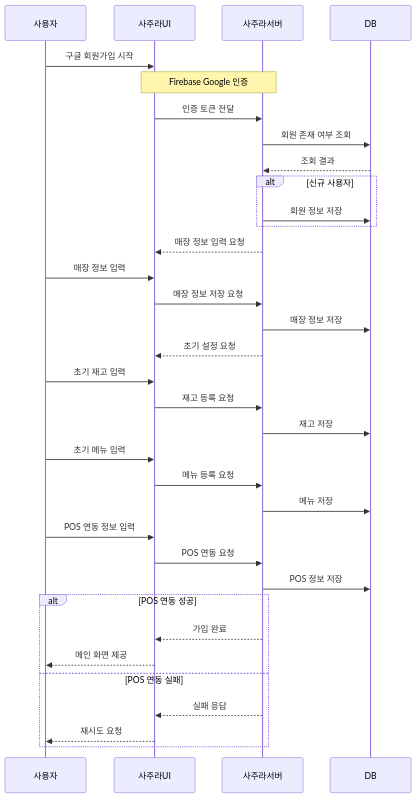
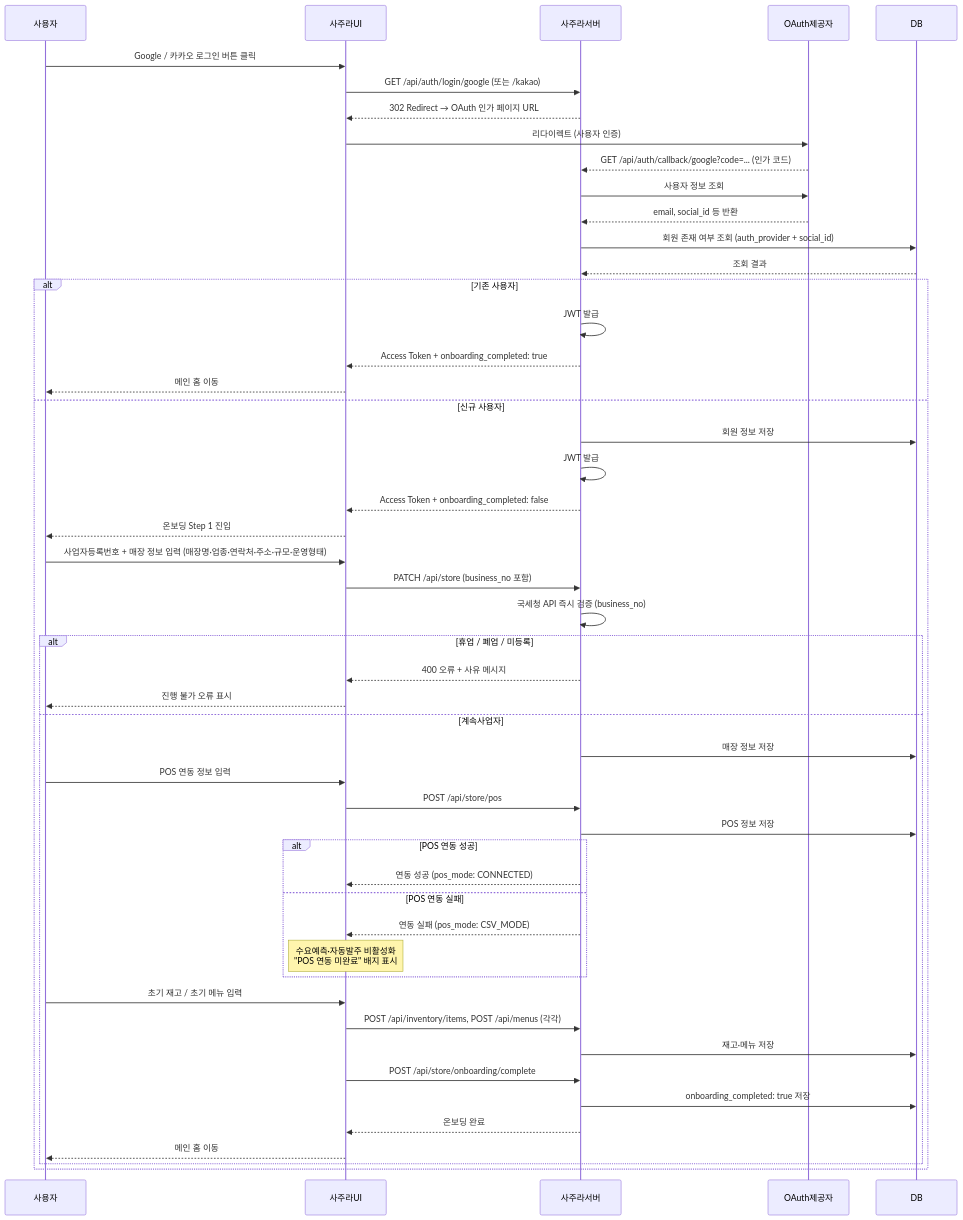
Before and after one commit to h-taek/CapstoneDesign_Sajura: the first of 7 diagrams in docs/07_flow/sequence.md, drawn with Mermaid. The commit also changed other lines of this file and 11 other files, not shown here.

Commit message:
docs: update project documentation and architectural specifications across system design files

````diff
--- a/docs/07_flow/sequence.md
+++ b/docs/07_flow/sequence.md
@@ -23,43 +31,58 @@
 ```mermaid
 sequenceDiagram
     participant 사용자
     participant 사주라UI
     participant 사주라서버
+    participant OAuth제공자
     participant DB
 
-    사용자->>사주라UI: 구글 회원가입 시작
-    Note over 사주라UI,사주라서버: Firebase Google 인증
-    사주라UI->>사주라서버: 인증 토큰 전달
-    사주라서버->>DB: 회원 존재 여부 조회
+    사용자->>사주라UI: Google / 카카오 로그인 버튼 클릭
+    사주라UI->>사주라서버: GET /api/auth/login/google (또는 /kakao)
+    사주라서버-->>사주라UI: 302 Redirect → OAuth 인가 페이지 URL
+    사주라UI->>OAuth제공자: 리다이렉트 (사용자 인증)
+    OAuth제공자-->>사주라서버: GET /api/auth/callback/google?code=... (인가 코드)
+    사주라서버->>OAuth제공자: 사용자 정보 조회
+    OAuth제공자-->>사주라서버: email, social_id 등 반환
+    사주라서버->>DB: 회원 존재 여부 조회 (auth_provider + social_id)
     DB-->>사주라서버: 조회 결과
 
-    alt 신규 사용자
+    alt 기존 사용자
+        사주라서버->>사주라서버: JWT 발급
+        사주라서버-->>사주라UI: Access Token + onboarding_completed: true
+        사주라UI-->>사용자: 메인 홈 이동
+    else 신규 사용자
         사주라서버->>DB: 회원 정보 저장
-    end
+        사주라서버->>사주라서버: JWT 발급
+        사주라서버-->>사주라UI: Access Token + onboarding_completed: false
+        사주라UI-->>사용자: 온보딩 Step 1 진입
 
-    사주라서버-->>사주라UI: 매장 정보 입력 요청
-    사용자->>사주라UI: 매장 정보 입력
-    사주라UI->>사주라서버: 매장 정보 저장 요청
-    사주라서버->>DB: 매장 정보 저장
+        사용자->>사주라UI: 사업자등록번호 + 매장 정보 입력 (매장명·업종·연락처·주소·규모·운영형태)
+        사주라UI->>사주라서버: PATCH /api/store (business_no 포함)
+        사주라서버->>사주라서버: 국세청 API 즉시 검증 (business_no)
+        alt 휴업 / 폐업 / 미등록
+            사주라서버-->>사주라UI: 400 오류 + 사유 메시지
+            사주라UI-->>사용자: 진행 불가 오류 표시
+        else 계속사업자
+            사주라서버->>DB: 매장 정보 저장
 
-    사주라서버-->>사주라UI: 초기 설정 요청
-    사용자->>사주라UI: 초기 재고 입력
-    사주라UI->>사주라서버: 재고 등록 요청
-    사주라서버->>DB: 재고 저장
+            사용자->>사주라UI: POS 연동 정보 입력
+            사주라UI->>사주라서버: POST /api/store/pos
+            사주라서버->>DB: POS 정보 저장
+            alt POS 연동 성공
+                사주라서버-->>사주라UI: 연동 성공 (pos_mode: CONNECTED)
+            else POS 연동 실패
+                사주라서버-->>사주라UI: 연동 실패 (pos_mode: CSV_MODE)
+                Note over 사주라UI: 수요예측·자동발주 비활성화<br>"POS 연동 미완료" 배지 표시
+            end
 
-    사용자->>사주라UI: 초기 메뉴 입력
-    사주라UI->>사주라서버: 메뉴 등록 요청
-    사주라서버->>DB: 메뉴 저장
+            사용자->>사주라UI: 초기 재고 / 초기 메뉴 입력
+            사주라UI->>사주라서버: POST /api/inventory/items, POST /api/menus (각각)
+            사주라서버->>DB: 재고·메뉴 저장
 
-    사용자->>사주라UI: POS 연동 정보 입력
-    사주라UI->>사주라서버: POS 연동 요청
-    사주라서버->>DB: POS 정보 저장
-
-    alt POS 연동 성공
-        사주라서버-->>사주라UI: 가입 완료
-        사주라UI-->>사용자: 메인 화면 제공
-    else POS 연동 실패
-        사주라서버-->>사주라UI: 실패 응답
-        사주라UI-->>사용자: 재시도 요청
+            사주라UI->>사주라서버: POST /api/store/onboarding/complete
+            사주라서버->>DB: onboarding_completed: true 저장
+            사주라서버-->>사주라UI: 온보딩 완료
+            사주라UI-->>사용자: 메인 홈 이동
+        end
     end
 ```
````
